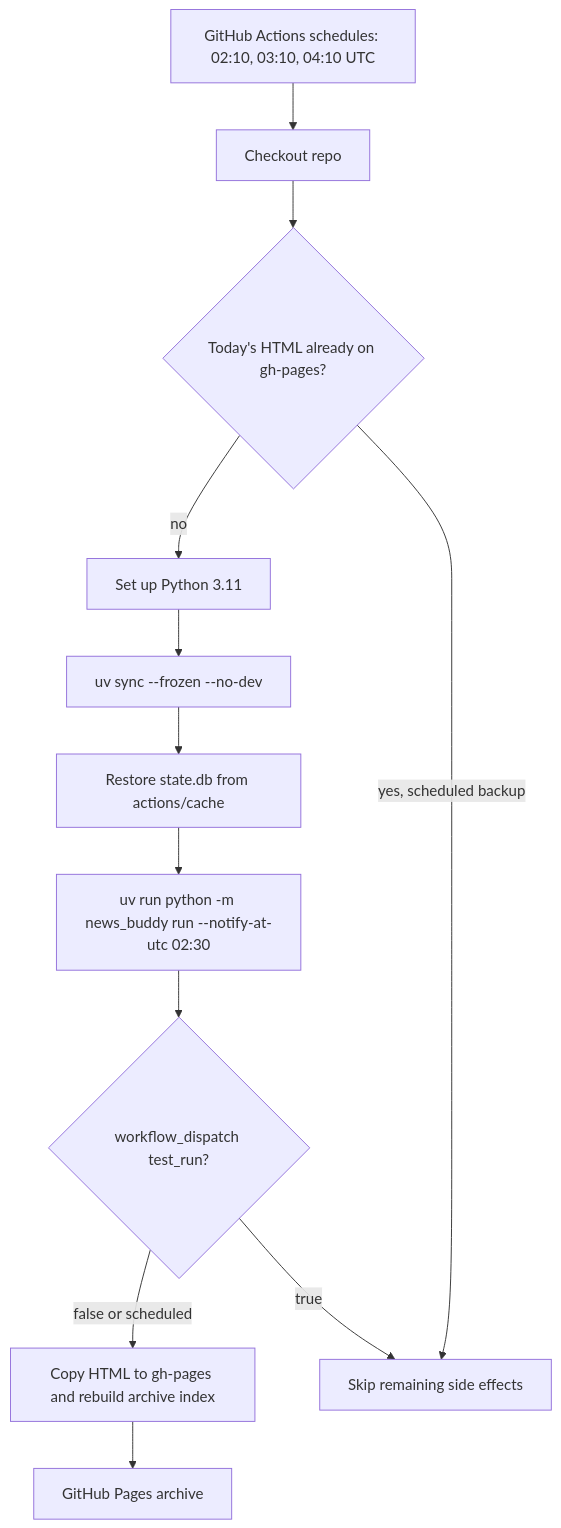
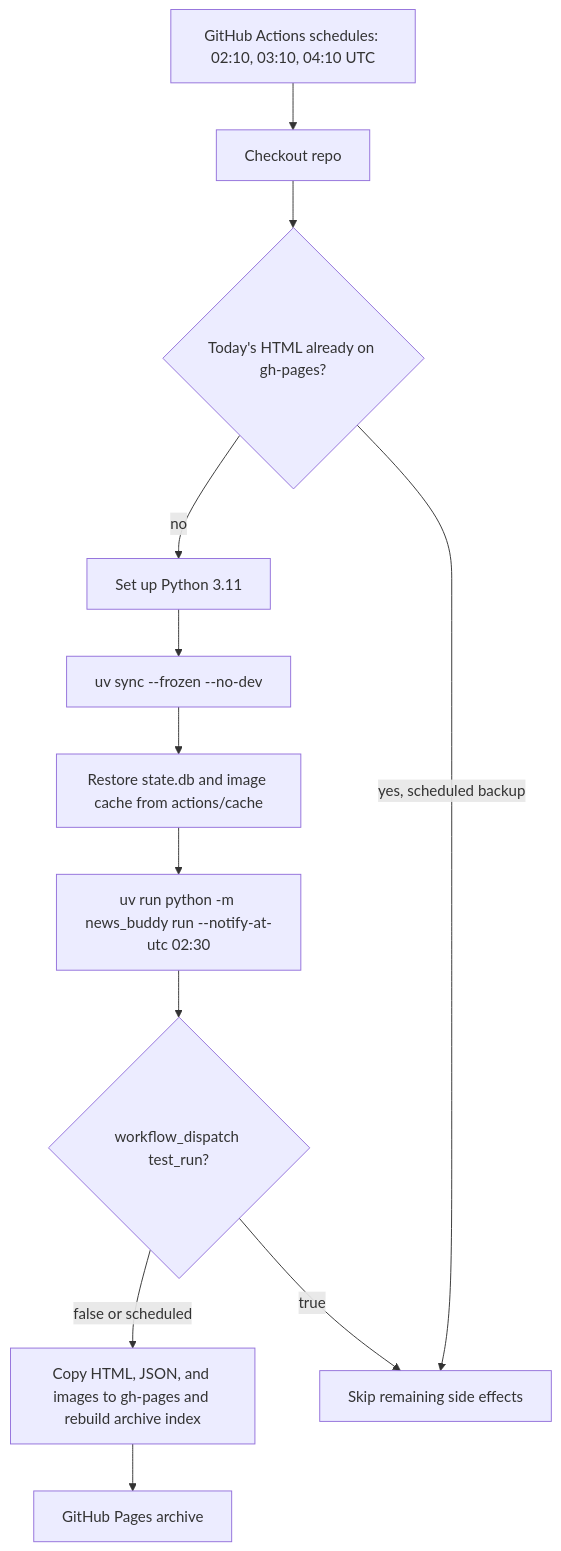
One commit to Harshagarwal06/buddy_agent changed the third of 4 diagrams in DIAGRAM.md. Above: the diagram before and after it, drawn with Mermaid. The commit also changed other lines of this file and 18 other files, not shown here.

````diff
--- a/DIAGRAM.md
+++ b/DIAGRAM.md
@@ -58,20 +59,20 @@
 ```mermaid
 flowchart TD
     CRON["GitHub Actions schedules: 02:10, 03:10, 04:10 UTC"]
     CHECKOUT["Checkout repo"]
     GUARD{"Today's HTML already on gh-pages?"}
     PY["Set up Python 3.11"]
     INSTALL["uv sync --frozen --no-dev"]
-    CACHE["Restore state.db from actions/cache"]
+    CACHE["Restore state.db and image cache from actions/cache"]
     RUN["uv run python -m news_buddy run --notify-at-utc 02:30"]
     TEST{"workflow_dispatch test_run?"}
-    DEPLOY["Copy HTML to gh-pages and rebuild archive index"]
+    DEPLOY["Copy HTML, JSON, and images to gh-pages and rebuild archive index"]
     SKIP["Skip remaining side effects"]
     PAGES["GitHub Pages archive"]
 
     CRON --> CHECKOUT --> GUARD
     GUARD -- "yes, scheduled backup" --> SKIP
     GUARD -- "no" --> PY --> INSTALL --> CACHE --> RUN --> TEST
     TEST -- "false or scheduled" --> DEPLOY --> PAGES
     TEST -- "true" --> SKIP
 ```
````
